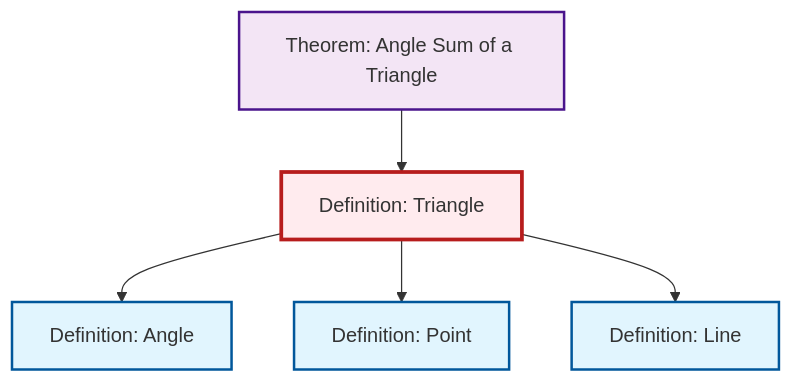
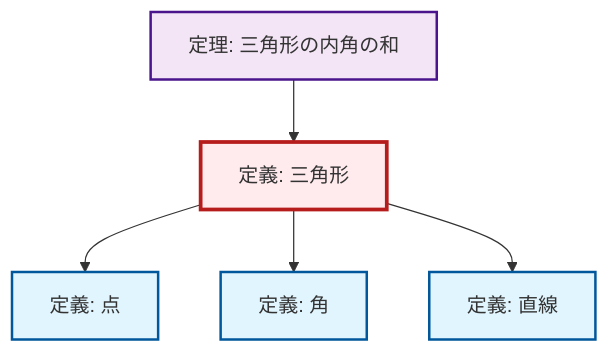
The diagram in content/ja/geometry/def-triangle.qmd (RK0429/ModernMath), drawn with Mermaid before and after one commit. The commit also changed 1069 other files, not shown here.

````diff
--- a/content/ja/geometry/def-triangle.qmd
+++ b/content/ja/geometry/def-triangle.qmd
@@ -60,23 +60,23 @@
 ```{mermaid}
 %%| fig-cap: "Local dependency graph"
 graph TD
     classDef definition fill:#e1f5fe,stroke:#01579b,stroke-width:2px
     classDef theorem fill:#f3e5f5,stroke:#4a148c,stroke-width:2px
     classDef axiom fill:#fff3e0,stroke:#e65100,stroke-width:2px
     classDef example fill:#e8f5e9,stroke:#1b5e20,stroke-width:2px
     classDef current fill:#ffebee,stroke:#b71c1c,stroke-width:3px
-    def-line["Definition: Line"]:::definition
-    def-point["Definition: Point"]:::definition
-    def-triangle["Definition: Triangle"]:::definition
-    thm-angle-sum-triangle["Theorem: Angle Sum of a Triangle"]:::theorem
-    def-angle["Definition: Angle"]:::definition
+    def-line["定義: 直線"]:::definition
+    def-triangle["定義: 三角形"]:::definition
+    def-point["定義: 点"]:::definition
+    def-angle["定義: 角"]:::definition
+    thm-angle-sum-triangle["定理: 三角形の内角の和"]:::theorem
+    thm-angle-sum-triangle --> def-triangle
+    def-triangle --> def-point
     def-triangle --> def-angle
-    def-triangle --> def-point
     def-triangle --> def-line
-    thm-angle-sum-triangle --> def-triangle
     class def-triangle current
-    click def-line "def-line.html" "Definition: Lineへ"
-    click def-point "def-point.html" "Definition: Pointへ"
-    click thm-angle-sum-triangle "thm-angle-sum-triangle.html" "Theorem: Angle Sum of a Triangleへ"
-    click def-angle "def-angle.html" "Definition: Angleへ"
+    click def-line "def-line.html" "直線の定義へ"
+    click def-point "def-point.html" "点の定義へ"
+    click def-angle "def-angle.html" "角の定義へ"
+    click thm-angle-sum-triangle "thm-angle-sum-triangle.html" "三角形の内角の和の定理へ"
 ```
````
